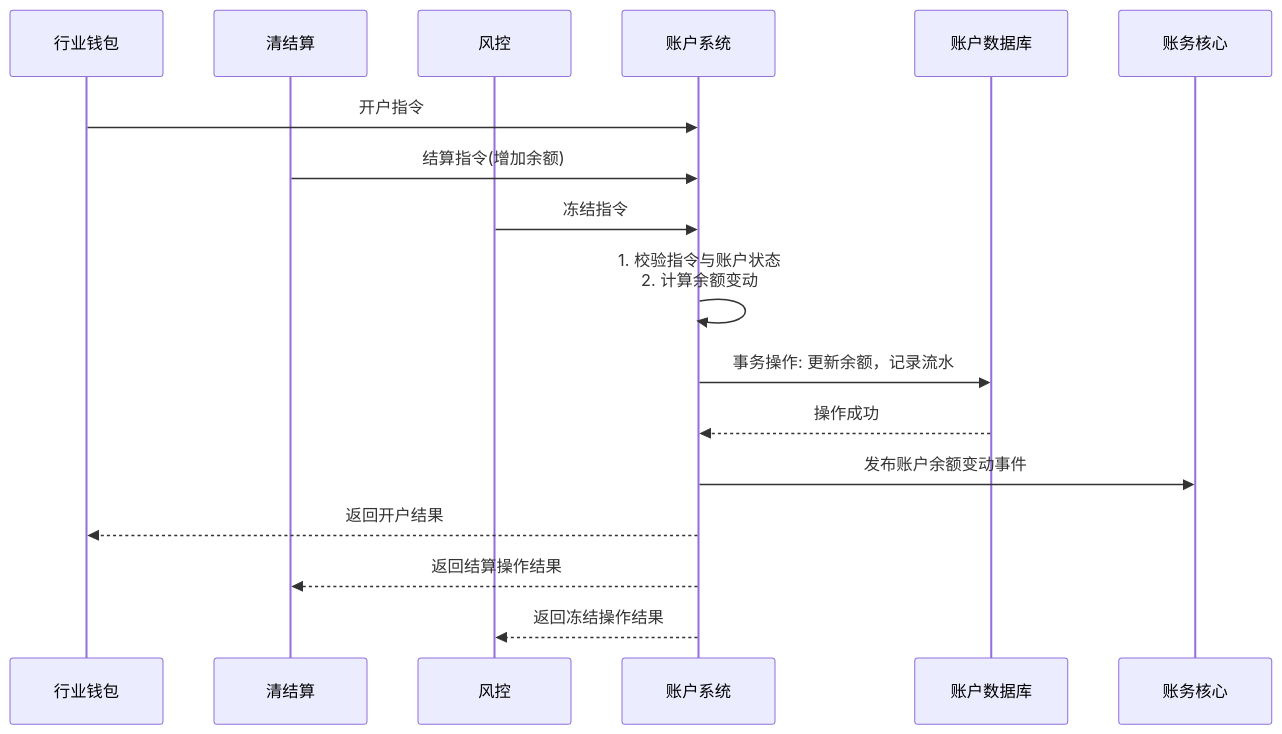
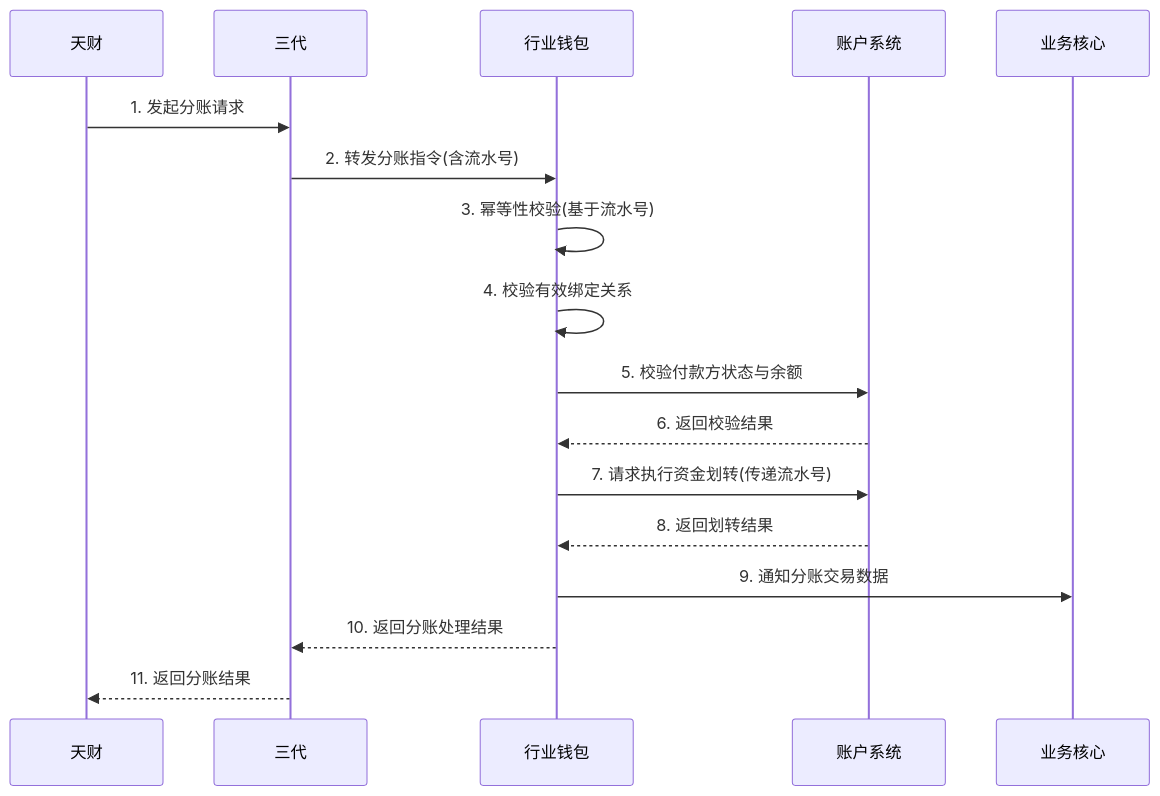
One commit to youzi211/AiCoding changed the ninth of 24 diagrams in data/天财分账需求/gpt-5.2/output/final_design_document.md. Above: the diagram before and after it, drawn with Mermaid. The commit also changed other lines of this file and 41 other files, not shown here.

````diff
--- a/data/天财分账需求/gpt-5.2/output/final_design_document.md
+++ b/data/天财分账需求/gpt-5.2/output/final_design_document.md
@@ -733,21 +537,20 @@
 ```mermaid
 sequenceDiagram
-    participant 行业钱包 as 行业钱包
-    participant 清结算 as 清结算
-    participant 风控 as 风控
-    participant 账户系统 as 账户系统
-    participant 账户DB as 账户数据库
-    participant 账务核心 as 账务核心
+    participant 天财
+    participant 三代
+    participant 行业钱包
+    participant 账户系统
+    participant 业务核心
 
-    行业钱包->>账户系统: 开户指令
-    清结算->>账户系统: 结算指令(增加余额)
-    风控->>账户系统: 冻结指令
-
-    账户系统->>账户系统: 1. 校验指令与账户状态<br>2. 计算余额变动
-    账户系统->>账户DB: 事务操作: 更新余额，记录流水
-    账户DB-->>账户系统: 操作成功
-    账户系统->>账务核心: 发布账户余额变动事件
-    账户系统-->>行业钱包: 返回开户结果
-    账户系统-->>清结算: 返回结算操作结果
-    账户系统-->>风控: 返回冻结操作结果
+    天财->>三代: 1. 发起分账请求
+    三代->>行业钱包: 2. 转发分账指令(含流水号)
+    行业钱包->>行业钱包: 3. 幂等性校验(基于流水号)
+    行业钱包->>行业钱包: 4. 校验有效绑定关系
+    行业钱包->>账户系统: 5. 校验付款方状态与余额
+    账户系统-->>行业钱包: 6. 返回校验结果
+    行业钱包->>账户系统: 7. 请求执行资金划转(传递流水号)
+    账户系统-->>行业钱包: 8. 返回划转结果
+    行业钱包->>业务核心: 9. 通知分账交易数据
+    行业钱包-->>三代: 10. 返回分账处理结果
+    三代-->>天财: 11. 返回分账结果
 ```
````
